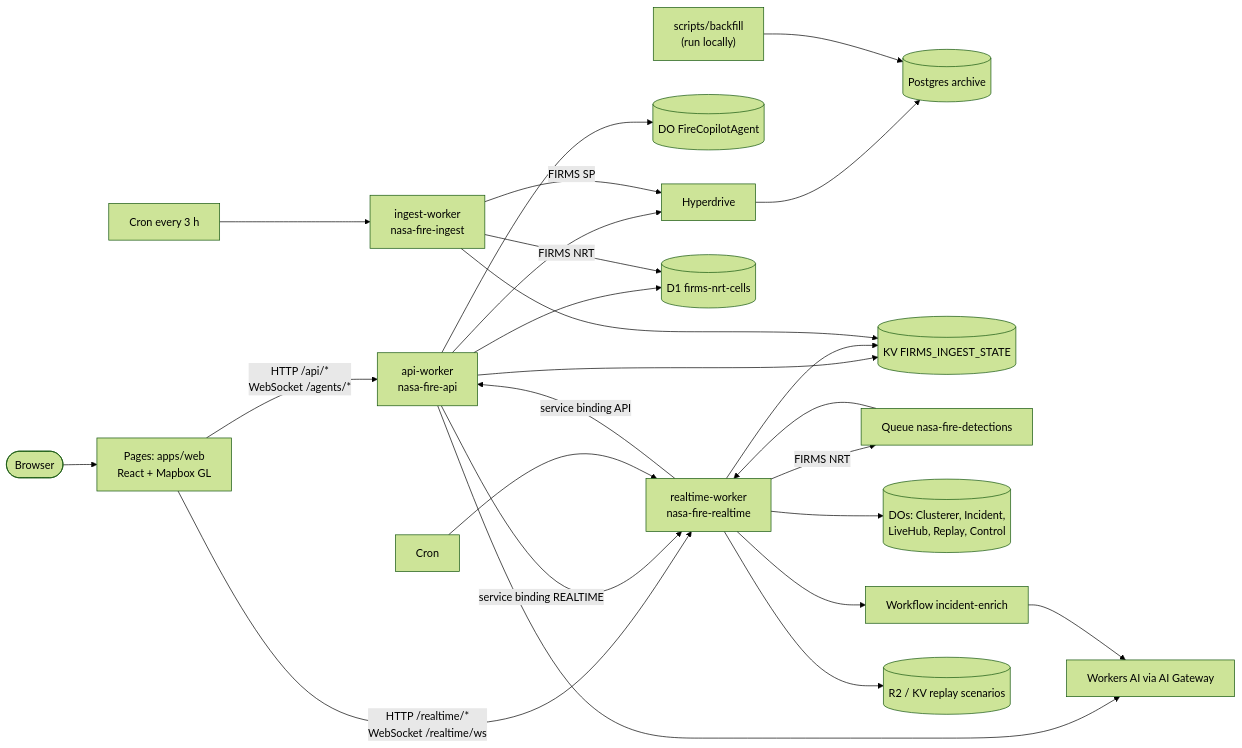
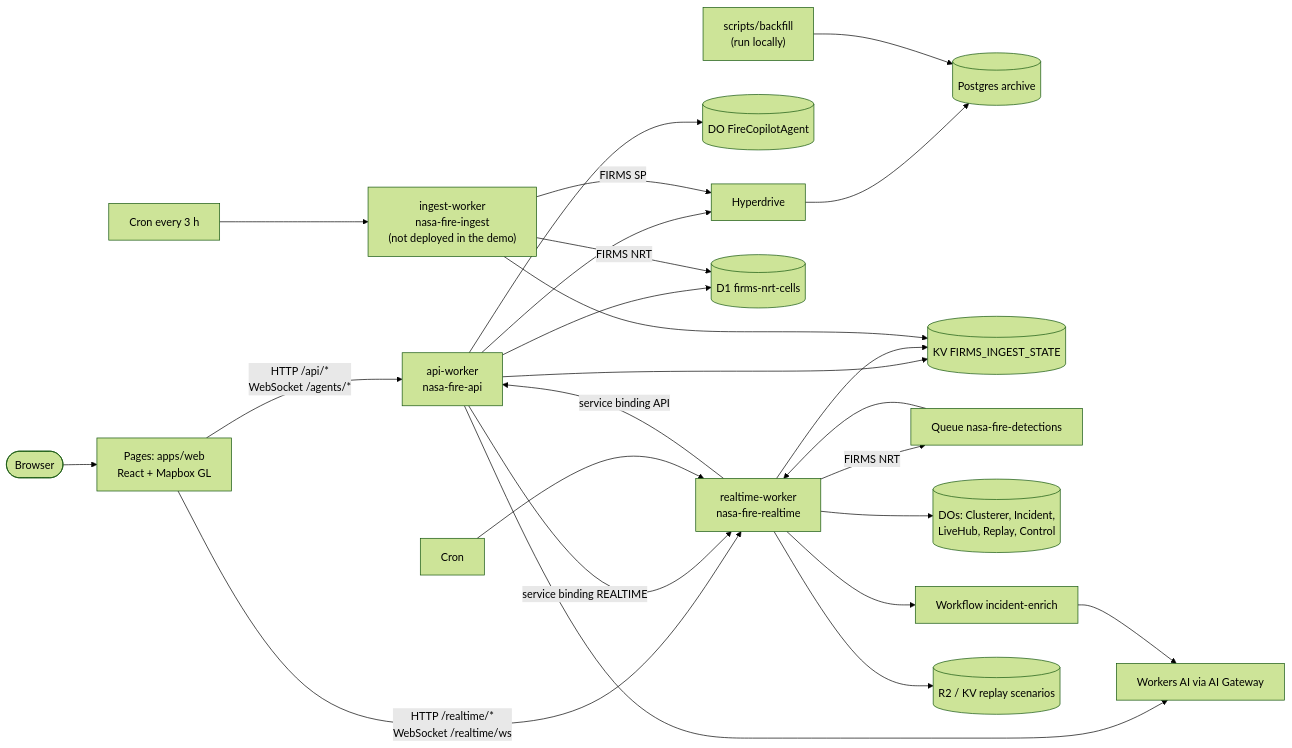
The diagram in README.md (KrishJani/sensor-independent-fire-record), drawn with Mermaid (forest theme) before and after one commit. The commit also changed other lines of this file and 5 other files, not shown here.

````diff
--- a/README.md
+++ b/README.md
@@ -33,27 +35,27 @@
 ```mermaid
 flowchart LR
   user([Browser]) --> pages["Pages: apps/web<br/>React + Mapbox GL"]
   pages -- "HTTP /api/*<br/>WebSocket /agents/*" --> api["api-worker<br/>nasa-fire-api"]
   pages -- "HTTP /realtime/*<br/>WebSocket /realtime/ws" --> rt["realtime-worker<br/>nasa-fire-realtime"]
 
   api -- "service binding REALTIME" --> rt
   rt -- "service binding API" --> api
   api --> copilot[("DO FireCopilotAgent")]
   api --> hd["Hyperdrive"] --> pg[("Postgres archive")]
   api --> d1[("D1 firms-nrt-cells")]
   api --> kv[("KV FIRMS_INGEST_STATE")]
   api --> ai["Workers AI via AI Gateway"]
 
   cronRt["Cron"] --> rt
   rt -- "FIRMS NRT" --> q["Queue nasa-fire-detections"] --> rt
   rt --> dos[("DOs: Clusterer, Incident,<br/>LiveHub, Replay, Control")]
   rt --> wf["Workflow incident-enrich"] --> ai
   rt --> r2[("R2 / KV replay scenarios")]
   rt --> kv
 
-  cronIng["Cron every 3 h"] --> ing["ingest-worker<br/>nasa-fire-ingest"]
+  cronIng["Cron every 3 h"] --> ing["ingest-worker<br/>nasa-fire-ingest<br/>(not deployed in the demo)"]
   ing -- "FIRMS NRT" --> d1
   ing -- "FIRMS SP" --> hd
   ing --> kv
   backfill["scripts/backfill<br/>(run locally)"] --> pg
 ```
````
